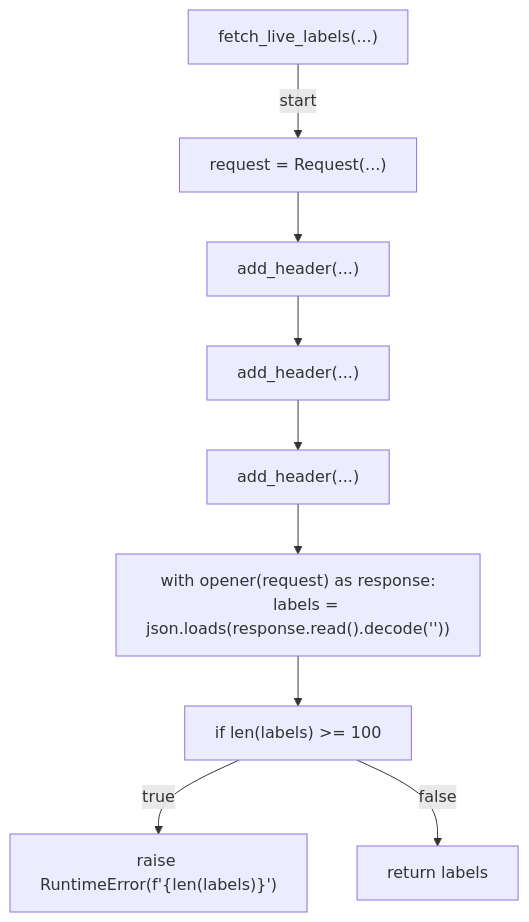
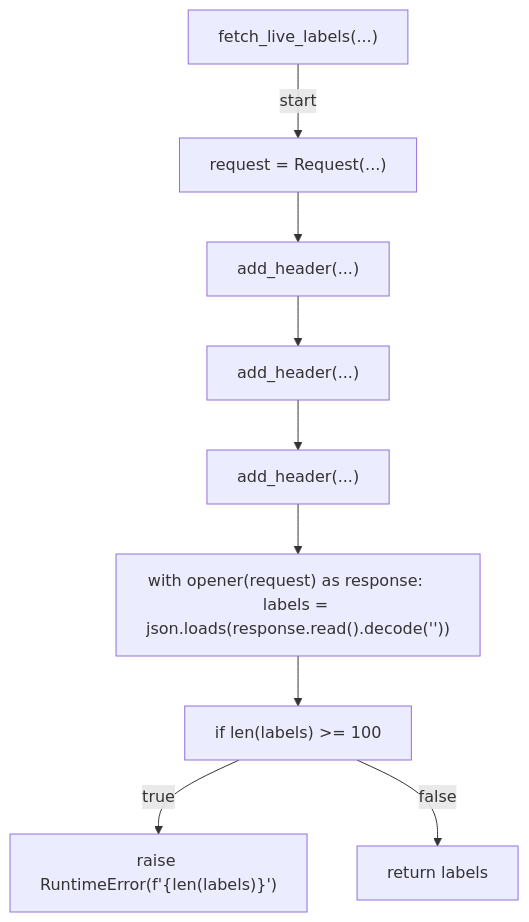
One commit to tvna/claude-md changed the fifth of 16 diagrams in docs/generated/scripts/ast/labels_apply.md. Above: the diagram before and after it, drawn with Mermaid. The commit also changed other lines of this file and 30 other files, not shown here.

First line of the commit message:
docs(generated): regenerate decision tree and workflow diagrams (batch 2/5)

````diff
--- a/docs/generated/scripts/ast/labels_apply.md
+++ b/docs/generated/scripts/ast/labels_apply.md
@@ -93,21 +81,20 @@
 ```mermaid
 flowchart TD
     N001["fetch_live_labels(...)"]
     N002["request = Request(...)"]
     N003["add_header(...)"]
     N004["add_header(...)"]
     N005["add_header(...)"]
-    N006["with opener(request) as response:
-    labels = json.loads(response.read().decode('<str>'))"]
+    N006["with opener(request) as response:     labels = json.loads(response.read().decode('<str>'))"]
     N007["if len(labels) >= 100"]
     N008["raise RuntimeError(f'<str>{len(labels)}<str>')"]
     N009["return labels"]
     N001 -->|"start"| N002
     N002 --> N003
     N003 --> N004
     N004 --> N005
     N005 --> N006
     N006 --> N007
     N007 -->|"true"| N008
     N007 -->|"false"| N009
 ```
````
